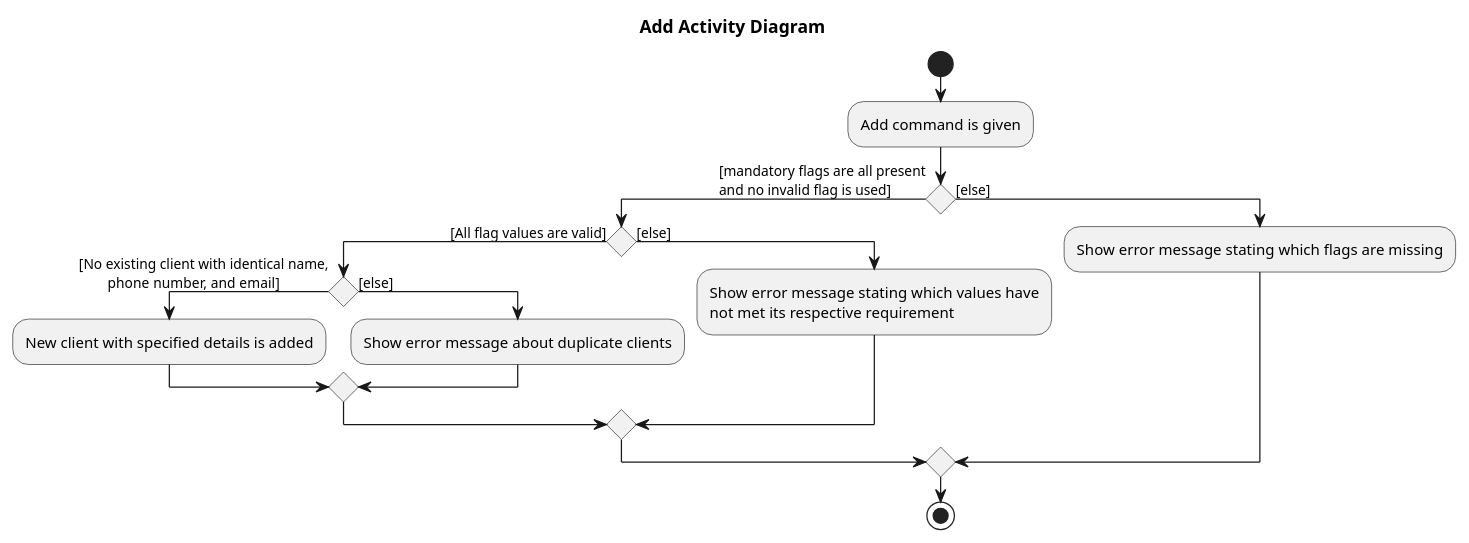
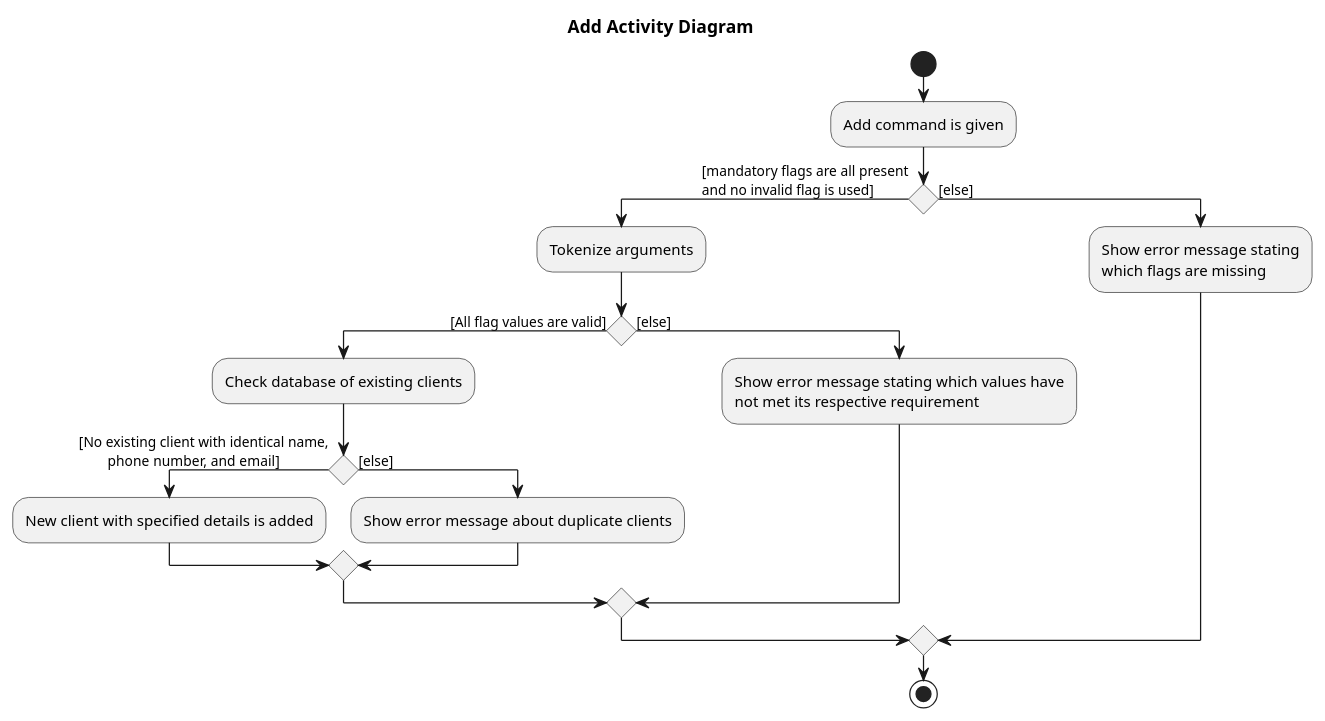
One commit to nus-cs2103-AY2425S1/tp changed the diagram in docs/diagrams/AddActivityDiagram.puml. Above: the diagram before and after it, drawn with PlantUML. The commit also changed 6 other files, not shown here.

Commit message:
Fix puml diagrams

```diff
--- a/docs/diagrams/AddActivityDiagram.puml
+++ b/docs/diagrams/AddActivityDiagram.puml
@@ -1,26 +1,29 @@
 @startuml
 'https://plantuml.com/activity-diagram-beta
 title Add Activity Diagram
 start
 :Add command is given;
 
 if () then ([mandatory flags are all present
 and no invalid flag is used])
+    :Tokenize arguments;
     if () then ([All flag values are valid])
+        :Check database of existing clients;
         if () then ([No existing client with identical name,
         phone number, and email])
             :New client with specified details is added;
         else ([else])
             :Show error message about duplicate clients;
         endif
 
     else ([else])
         :Show error message stating which values have
         not met its respective requirement;
     endif
 else ([else])
-    :Show error message stating which flags are missing;
+    :Show error message stating
+    which flags are missing;
 endif
 
 stop
 @enduml
```
